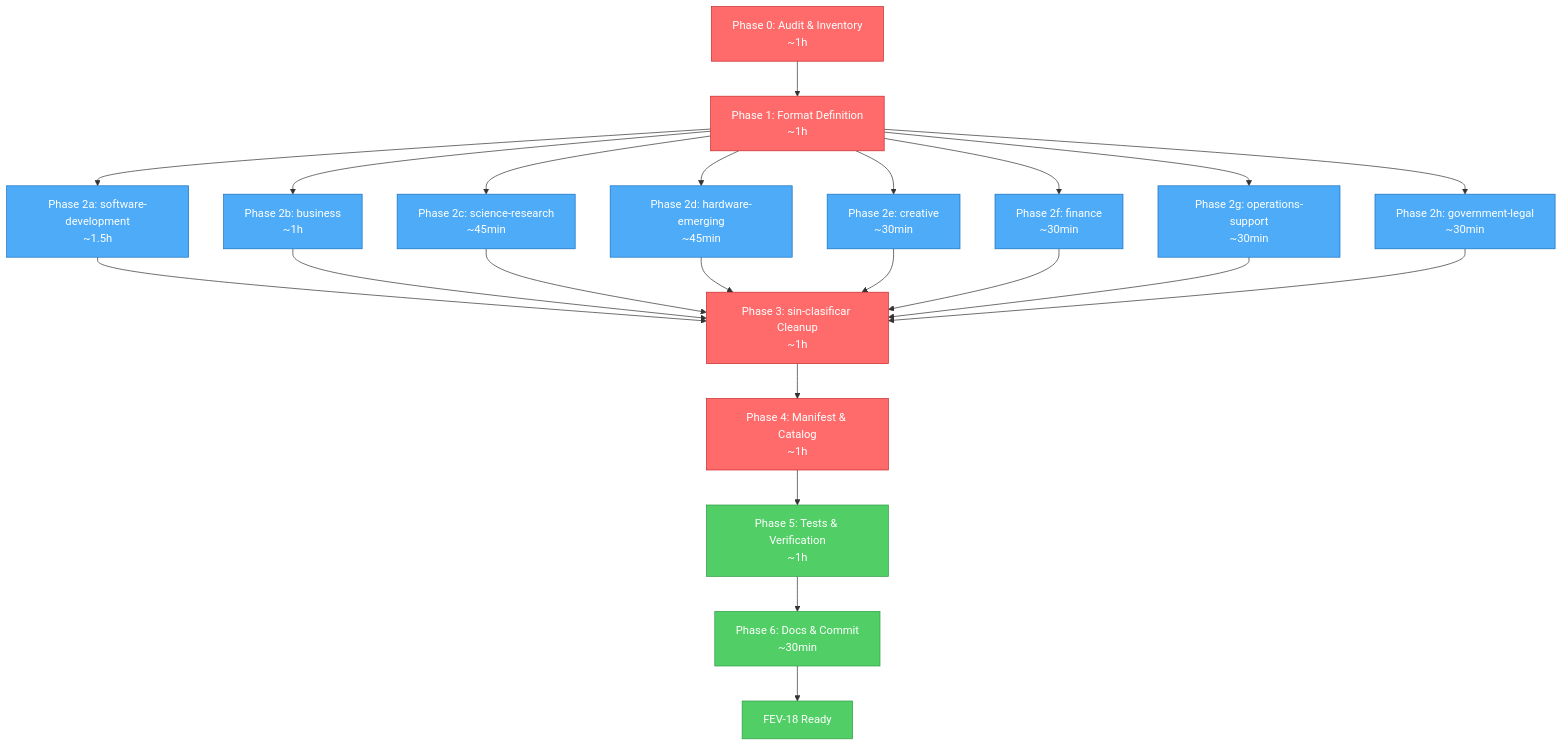
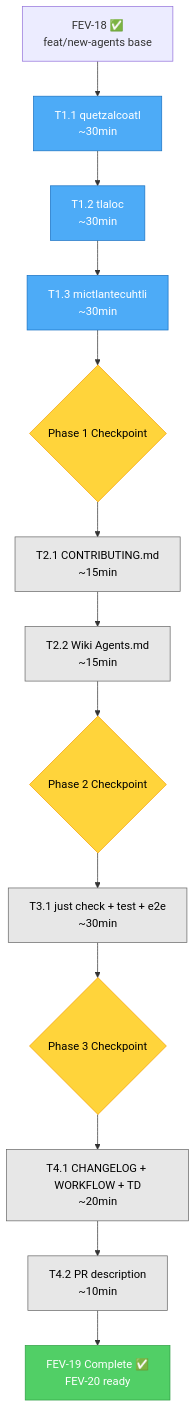
Before and after one commit to Fisherk2/codice-opencode: the second of 2 diagrams in tasks/plan.md, drawn with Mermaid. The commit also changed other lines of this file and 1 other file, not shown here.

First line of the commit message:
chore(tasks): establish FEV-19 execution plan (permission unification + subagent table removal)

````diff
--- a/tasks/plan.md
+++ b/tasks/plan.md
@@ -1353,33 +893,21 @@
 ```mermaid
 graph TD
-    P0[Phase 0: Audit & Inventory<br/>~1h] --> P1[Phase 1: Format Definition<br/>~1h]
-    P1 --> P2A[Phase 2a: software-development<br/>~1.5h]
-    P1 --> P2B[Phase 2b: business<br/>~1h]
-    P1 --> P2C[Phase 2c: science-research<br/>~45min]
-    P1 --> P2D[Phase 2d: hardware-emerging<br/>~45min]
-    P1 --> P2E[Phase 2e: creative<br/>~30min]
-    P1 --> P2F[Phase 2f: finance<br/>~30min]
-    P1 --> P2G[Phase 2g: operations-support<br/>~30min]
-    P1 --> P2H[Phase 2h: government-legal<br/>~30min]
-    P2A --> P3[Phase 3: sin-clasificar Cleanup<br/>~1h]
-    P2B --> P3
-    P2C --> P3
-    P2D --> P3
-    P2E --> P3
-    P2F --> P3
-    P2G --> P3
-    P2H --> P3
-    P3 --> P4[Phase 4: Manifest & Catalog<br/>~1h]
-    P4 --> P5[Phase 5: Tests & Verification<br/>~1h]
-    P5 --> P6[Phase 6: Docs & Commit<br/>~30min]
-    P6 --> DONE[FEV-18 Ready]
+    F18[FEV-18 ✅<br/>feat/new-agents base] --> T11
+    T11[T1.1 quetzalcoatl<br/>~30min]:::par --> T12
+    T12[T1.2 tlaloc<br/>~30min]:::par --> T13
+    T13[T1.3 mictlantecuhtli<br/>~30min]:::par --> CP1
+    CP1{Phase 1 Checkpoint}:::gate --> T21
+    T21[T2.1 CONTRIBUTING.md<br/>~15min]:::seq --> T22
+    T22[T2.2 Wiki Agents.md<br/>~15min]:::seq --> CP2
+    CP2{Phase 2 Checkpoint}:::gate --> T31
+    T31[T3.1 just check + test + e2e<br/>~30min]:::seq --> CP3
+    CP3{Phase 3 Checkpoint}:::gate --> T41
+    T41[T4.1 CHANGELOG + WORKFLOW + TD<br/>~20min]:::seq --> T42
+    T42[T4.2 PR description<br/>~10min]:::seq --> DONE
+    DONE[FEV-19 Complete ✅<br/>FEV-20 ready]:::done
 
-    classDef crit fill:#ff6b6b,stroke:#c92a2a,color:#fff
-    classDef gate fill:#51cf66,stroke:#2f9e44,color:#fff
+    classDef done fill:#51cf66,stroke:#2f9e44,color:#fff
+    classDef gate fill:#ffd43b,stroke:#f59f00,color:#000
     classDef par fill:#4dabf7,stroke:#1971c2,color:#fff
-    classDef seq fill:#ffd43b,stroke:#f59f00,color:#000
-
-    class P0,P1,P3,P4 crit
-    class P5,P6,DONE gate
-    class P2A,P2B,P2C,P2D,P2E,P2F,P2G,P2H par
+    classDef seq fill:#e7e7e7,stroke:#666,color:#000
 ```
````
